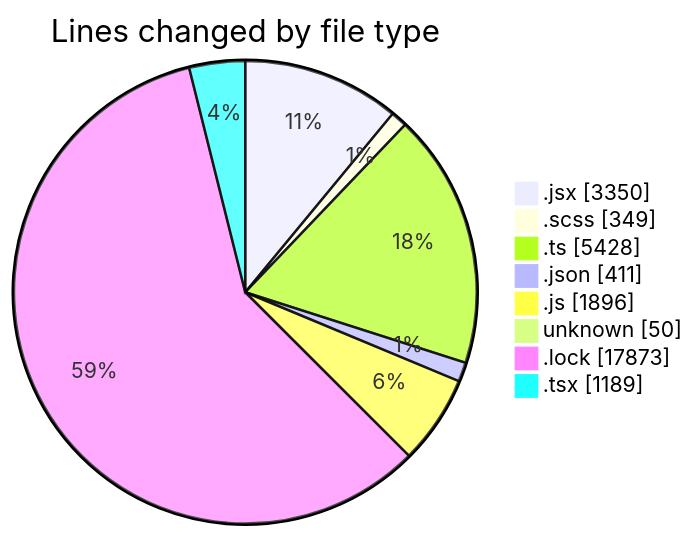
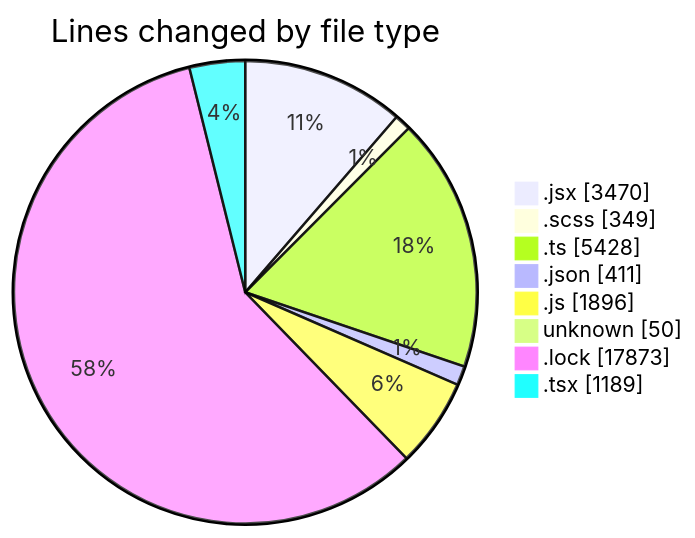
Before and after one commit to momahboobian/code-tracking: the first of 2 diagrams in 2026-09-01/cda/README.md, drawn with Mermaid. The commit also changed other lines of this file and 1 other file, not shown here.

````diff
--- a/2026-09-01/cda/README.md
+++ b/2026-09-01/cda/README.md
@@ -78,12 +78,12 @@
 ```mermaid
 pie showData
 title Lines changed by file type
-".jsx" : 3350
+".jsx" : 3470
 ".scss" : 349
 ".ts" : 5428
 ".json" : 411
 ".js" : 1896
 "unknown" : 50
 ".lock" : 17873
 ".tsx" : 1189
 ```
````
